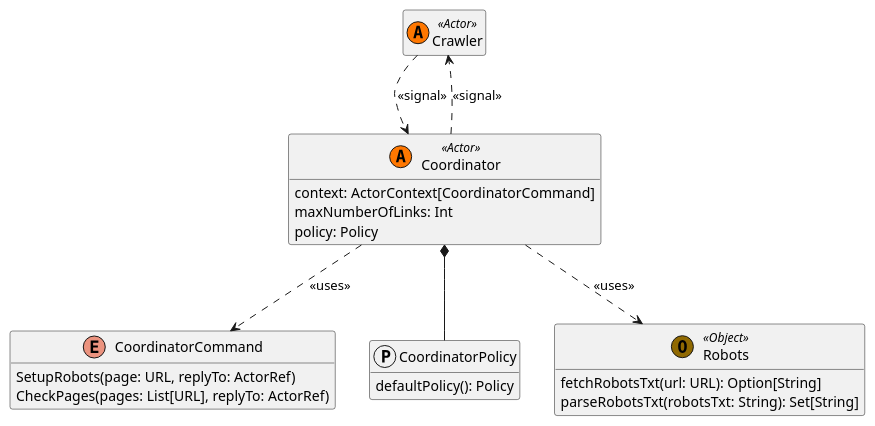
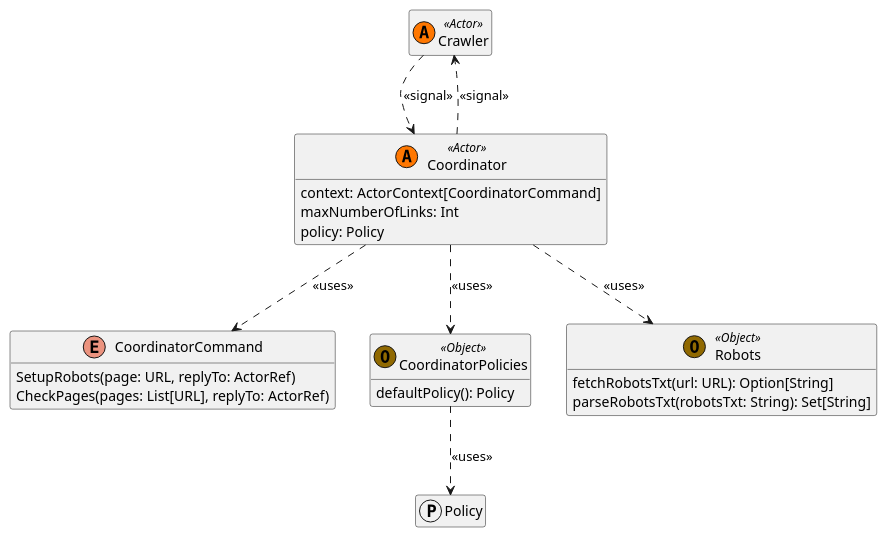
One commit to PPS-22-Scooby/pps-22-scooby.github.io changed the second of 2 diagrams in Writerside/topics/Coordinator.md. Above: the diagram before and after it, drawn with PlantUML. The commit also changed other lines of this file, not shown here.

Commit message:
Fixed Coordinator umls

````diff
--- a/Writerside/topics/Coordinator.md
+++ b/Writerside/topics/Coordinator.md
@@ -29,33 +29,36 @@
 ```plantuml
 @startuml Coordinator
     hide empty members
     
     class Crawler <<(A, #FF7700) Actor>>
     
     class Coordinator <<(A, #FF7700) Actor>>{
         context: ActorContext[CoordinatorCommand]
         maxNumberOfLinks: Int
         policy: Policy
     }
     
     enum CoordinatorCommand{
         SetupRobots(page: URL, replyTo: ActorRef)
         CheckPages(pages: List[URL], replyTo: ActorRef)
     }
     
-    protocol CoordinatorPolicy {
+    class CoordinatorPolicies <<(O, #906901) Object>> {
         defaultPolicy(): Policy
     }
     
     class Robots <<(O, #906901) Object>>{
         fetchRobotsTxt(url: URL): Option[String]
         parseRobotsTxt(robotsTxt: String): Set[String]
     }
     
+    protocol Policy 
+    
     Crawler ..> Coordinator: <<signal>>
     Coordinator ..> Crawler: <<signal>>
     Coordinator ..> CoordinatorCommand: <<uses>>
     Coordinator ..> Robots: <<uses>>
-    Coordinator *-- CoordinatorPolicy
+    Coordinator ..> CoordinatorPolicies: <<uses>>
+    CoordinatorPolicies ..> Policy: <<uses>>
 @enduml
 ```
````
